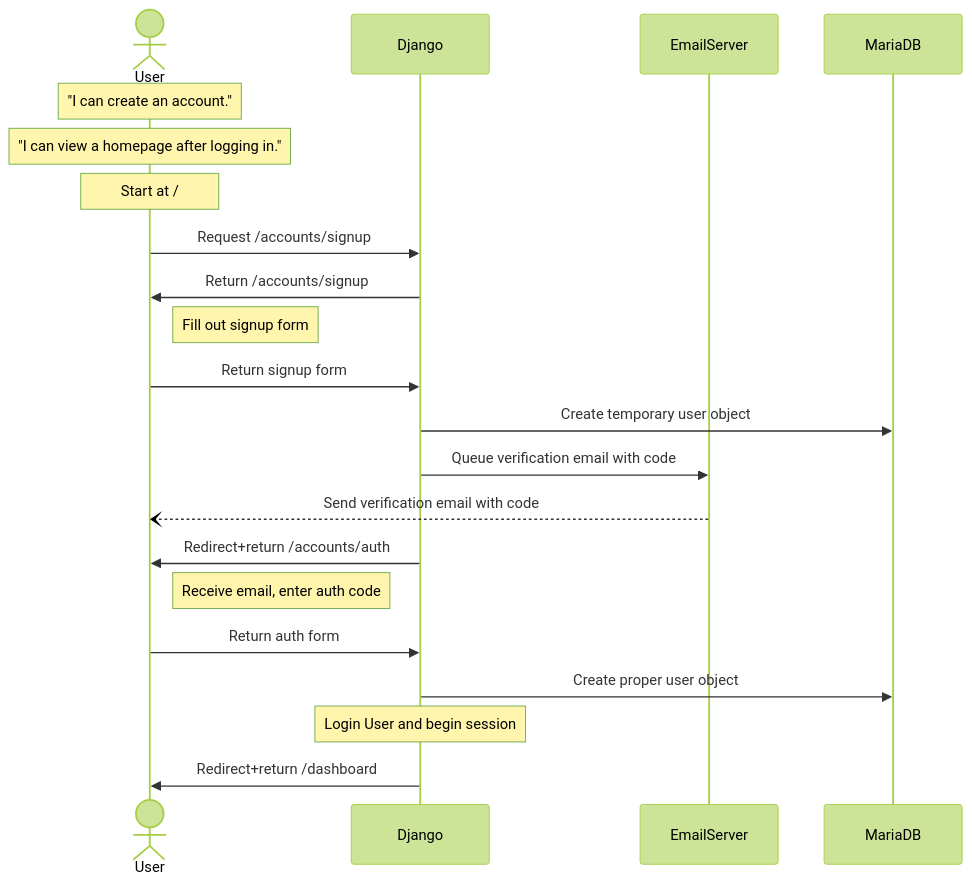
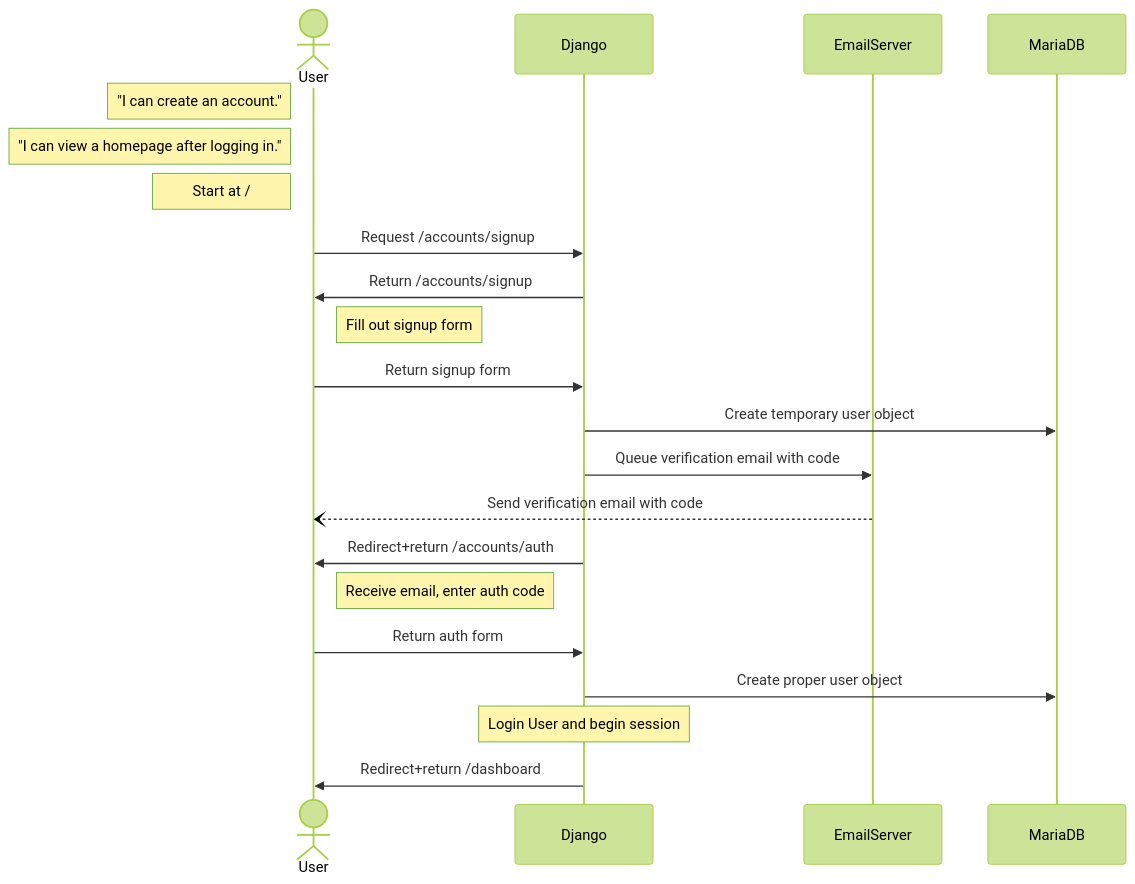
The diagram in docs/use_case_sequences/signup.mermaid (familycrest/personal-finance-tracker), drawn with Mermaid (forest theme) before and after one commit. The commit also changed 2 other files, not shown here.

Commit message:
move user context flags to the left

```diff
--- a/docs/use_case_sequences/signup.mermaid
+++ b/docs/use_case_sequences/signup.mermaid
@@ -1,30 +1,30 @@
 sequenceDiagram
     actor User
     participant Django
     participant EmailServer
     participant MariaDB
 
-    Note over User: "I can create an account."
-    Note over User: "I can view a homepage after logging in."
-    Note over User: Start at /  
+    Note left of User: "I can create an account."
+    Note left of User: "I can view a homepage after logging in."
+    Note left of User: Start at /  
 
     User->>Django: Request /accounts/signup
     Django->>User: Return /accounts/signup
     
     Note right of User: Fill out signup form
 
     User->>Django: Return signup form
     Django->>MariaDB: Create temporary user object
     Django->>EmailServer: Queue verification email with code
     EmailServer--)User: Send verification email with code
     
     Django->>User: Redirect+return /accounts/auth
 
     Note right of User: Receive email, enter auth code
     
     User->>Django: Return auth form
     Django->>MariaDB: Create proper user object
     
     Note over Django: Login User and begin session
 
     Django->>User: Redirect+return /dashboard
```
